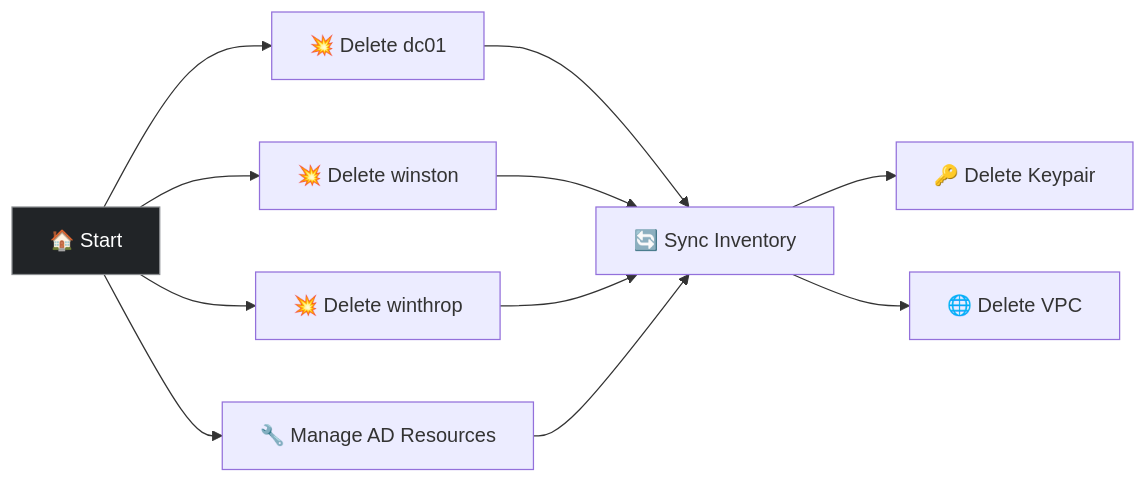
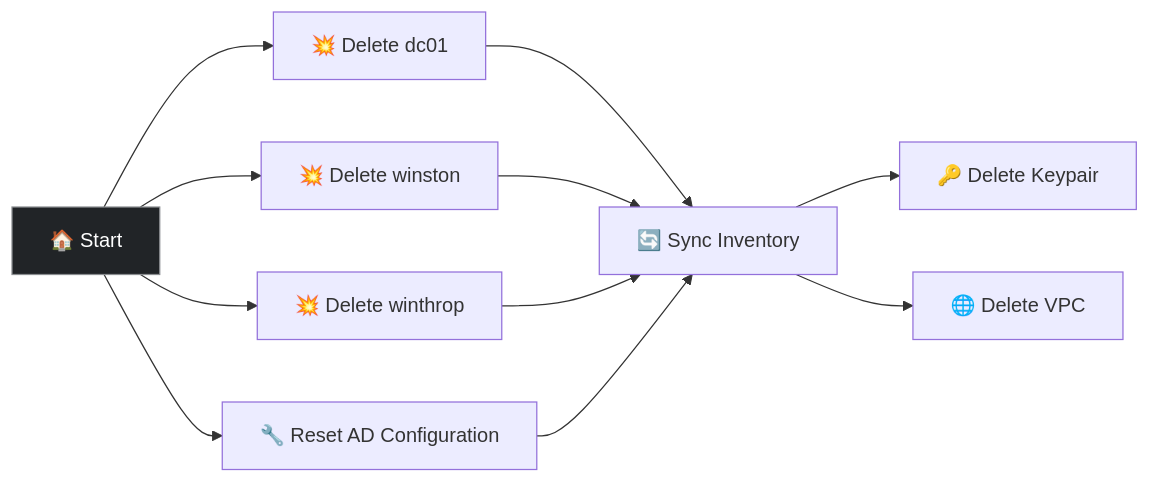
Before and after one commit to ansible/product-demos: the diagram in windows/docs/windows-destroy-ad-domain.md, drawn with Mermaid. The commit also changed other lines of this file and 5 other files, not shown here.

````diff
--- a/windows/docs/windows-destroy-ad-domain.md
+++ b/windows/docs/windows-destroy-ad-domain.md
@@ -8,15 +8,15 @@
 ```mermaid
 graph LR
   S["🏠 Start"]
   S --> A
   S --> B
   S --> C
   S --> D
   A["💥 Delete dc01"] --> F["🔄 Sync Inventory"]
   B["💥 Delete winston"] --> F
   C["💥 Delete winthrop"] --> F
-  D["🔧 Manage AD Resources"] --> F
+  D["🔧 Reset AD Configuration"] --> F
   F --> G["🔑 Delete Keypair"]
   F --> H["🌐 Delete VPC"]
   style S fill:#212427,stroke:#8a8d90,color:#fff
 ```
````
